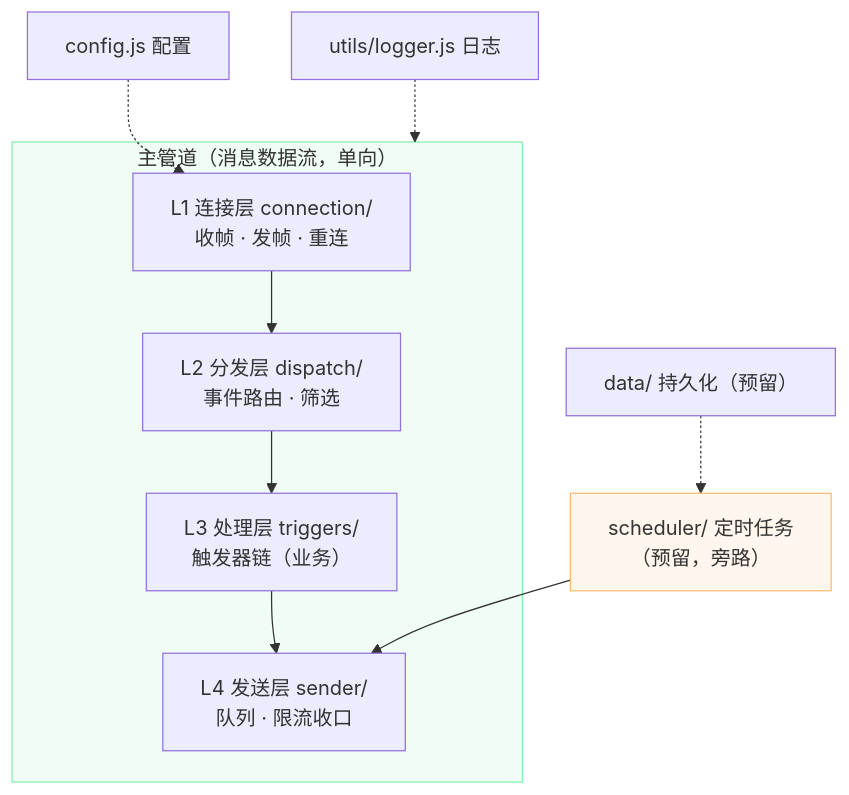
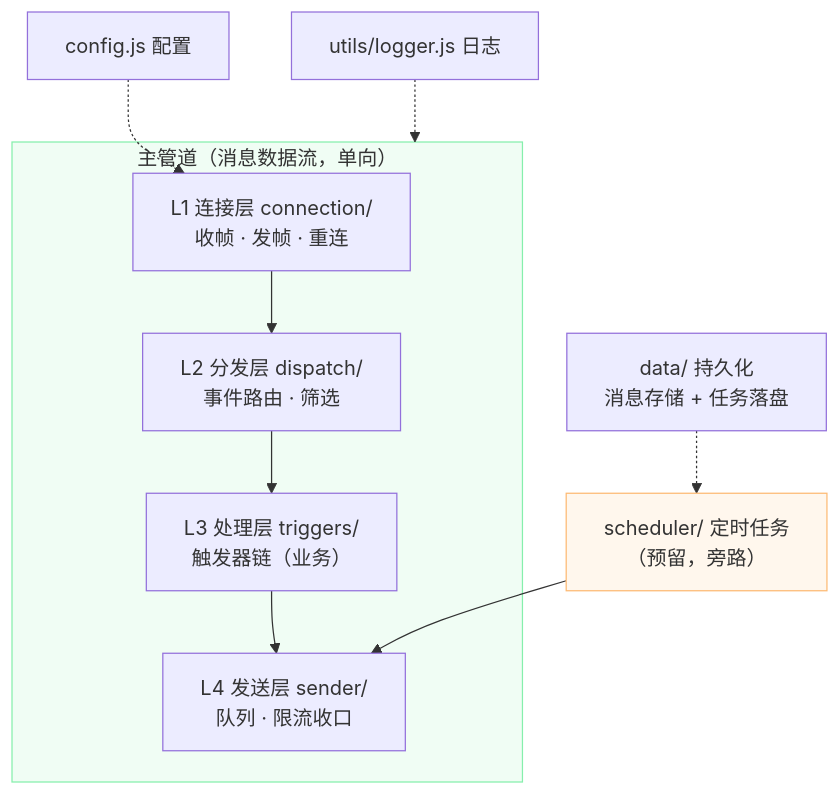
Before and after one commit to kiraTheresa/big-fat-fish-3: the first of 5 diagrams in bot-core-design.md, drawn with Mermaid. The commit also changed other lines of this file, not shown here.

````diff
--- a/bot-core-design.md
+++ b/bot-core-design.md
@@ -13,18 +13,18 @@
 ```mermaid
 flowchart TB
     subgraph MAIN["主管道（消息数据流，单向）"]
         C1["L1 连接层 connection/<br/>收帧 · 发帧 · 重连"]
         D1["L2 分发层 dispatch/<br/>事件路由 · 筛选"]
         T1["L3 处理层 triggers/<br/>触发器链（业务）"]
         S1["L4 发送层 sender/<br/>队列 · 限流收口"]
         C1 --> D1 --> T1 --> S1
     end
 
     SCH["scheduler/ 定时任务<br/>（预留，旁路）"] --> S1
     CFG["config.js 配置"] -.-> C1
     LOG["utils/logger.js 日志"] -.-> MAIN
-    STORE["data/ 持久化（预留）"] -.-> SCH
+    STORE["data/ 持久化<br/>消息存储 + 任务落盘"] -.-> SCH
 
     style MAIN fill:#f0fdf4,stroke:#86efac
     style SCH fill:#fff7ed,stroke:#fdba74
 ```
````
